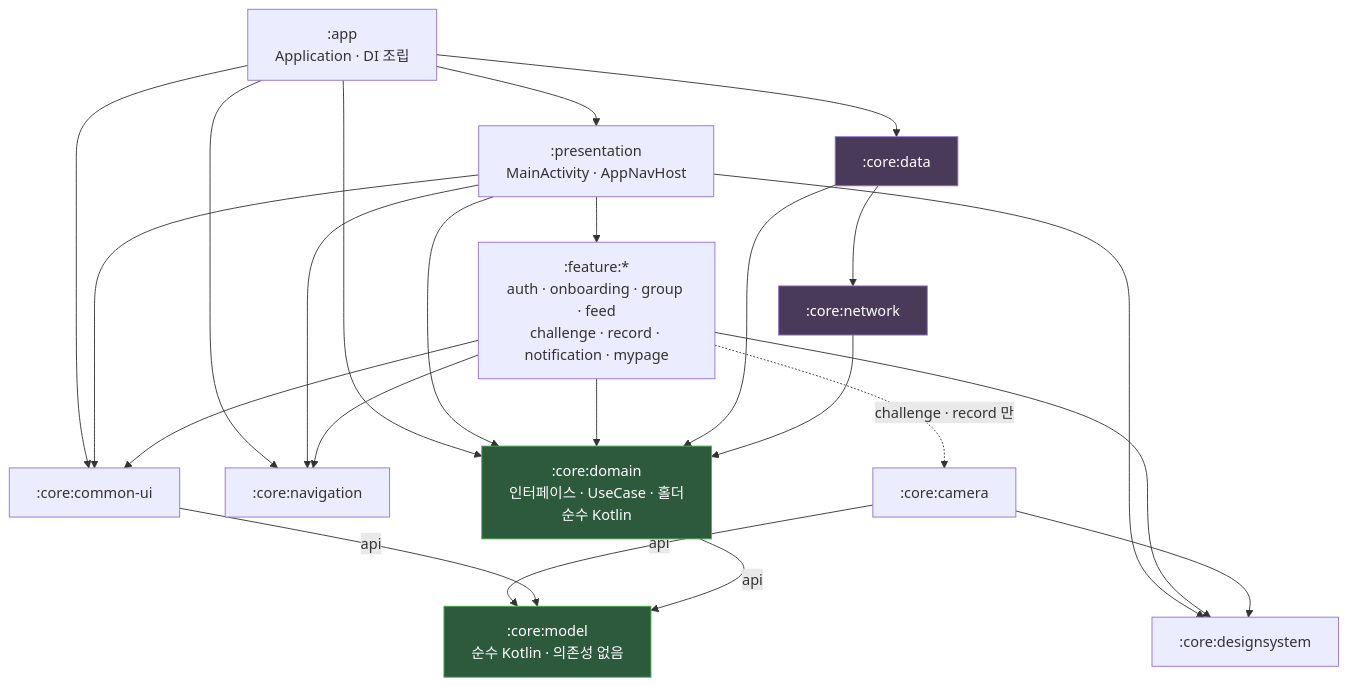
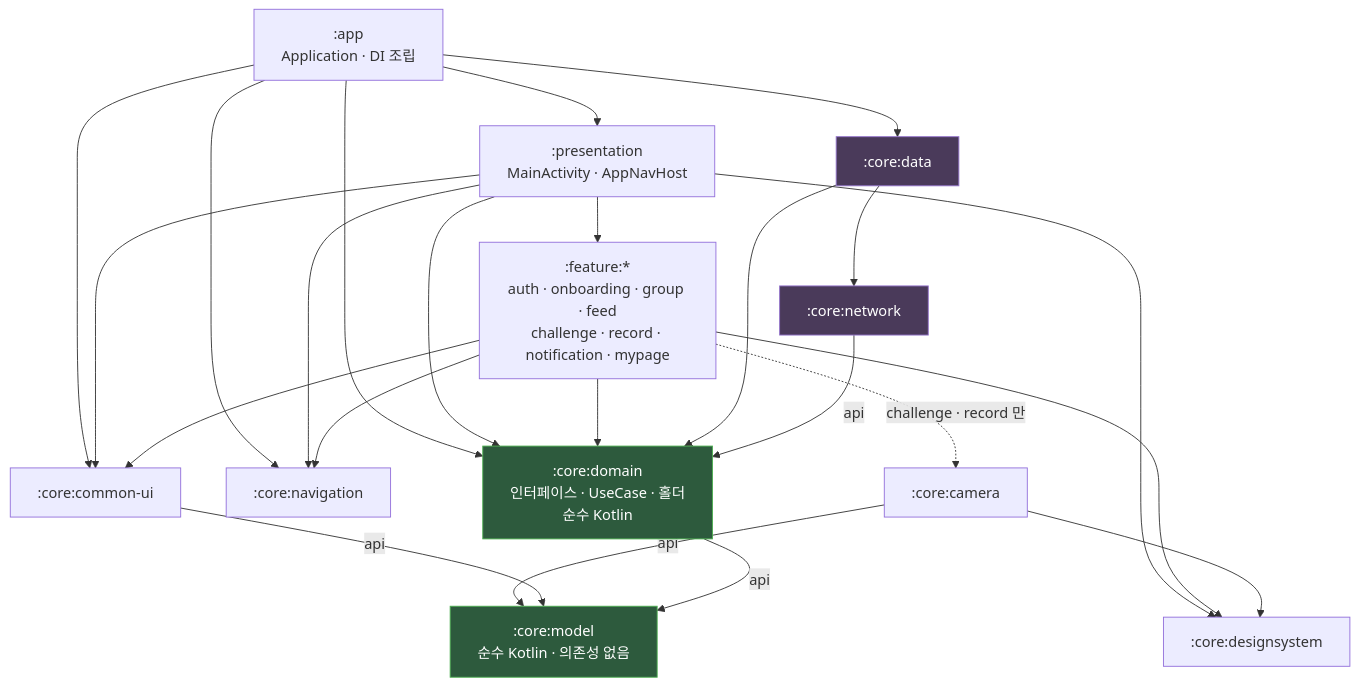
One commit to Central-MakeUs/mody-android changed the diagram in README.md. Above: the diagram before and after it, drawn with Mermaid. The commit also changed 5 other files, not shown here.

````diff
--- a/README.md
+++ b/README.md
@@ -89,48 +89,48 @@
 ```mermaid
 graph TD
     app[":app<br/>Application · DI 조립"]
     pres[":presentation<br/>MainActivity · AppNavHost"]
     feat[":feature:*<br/>auth · onboarding · group · feed<br/>challenge · record · notification · mypage"]
 
     cui[":core:common-ui"]
     ds[":core:designsystem"]
     nav[":core:navigation"]
     cam[":core:camera"]
     model[":core:model<br/>순수 Kotlin · 의존성 없음"]
     dom[":core:domain<br/>인터페이스 · UseCase · 홀더<br/>순수 Kotlin"]
     data[":core:data"]
     net[":core:network"]
 
     app --> pres
     app --> data
     app --> cui
     app --> nav
     app --> dom
     pres --> feat
     pres --> cui
     pres --> ds
     pres --> nav
     pres --> dom
 
     feat --> cui
     feat --> ds
     feat --> nav
     feat --> dom
     feat -. "challenge · record 만" .-> cam
 
     cam --> ds
     cam -- "api" --> model
 
     cui -- "api" --> model
 
     dom -- "api" --> model
 
     data --> dom
     data --> net
-    net --> dom
+    net -- "api" --> dom
 
     classDef domain fill:#2d5a3d,stroke:#4caf50,color:#fff
     classDef impl fill:#4a3a5a,stroke:#9575cd,color:#fff
     class dom,model domain
     class data,net impl
 ```
````
